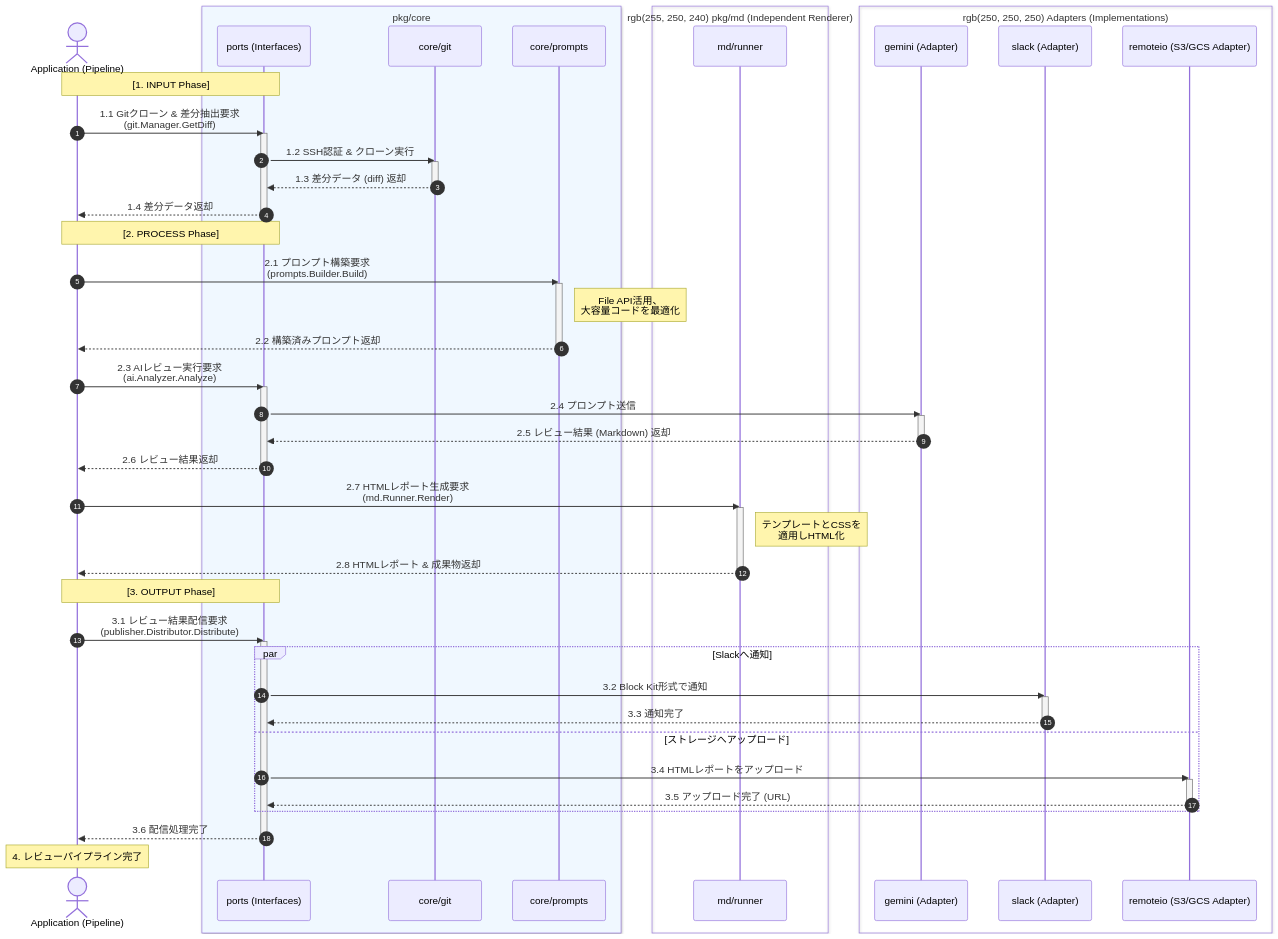
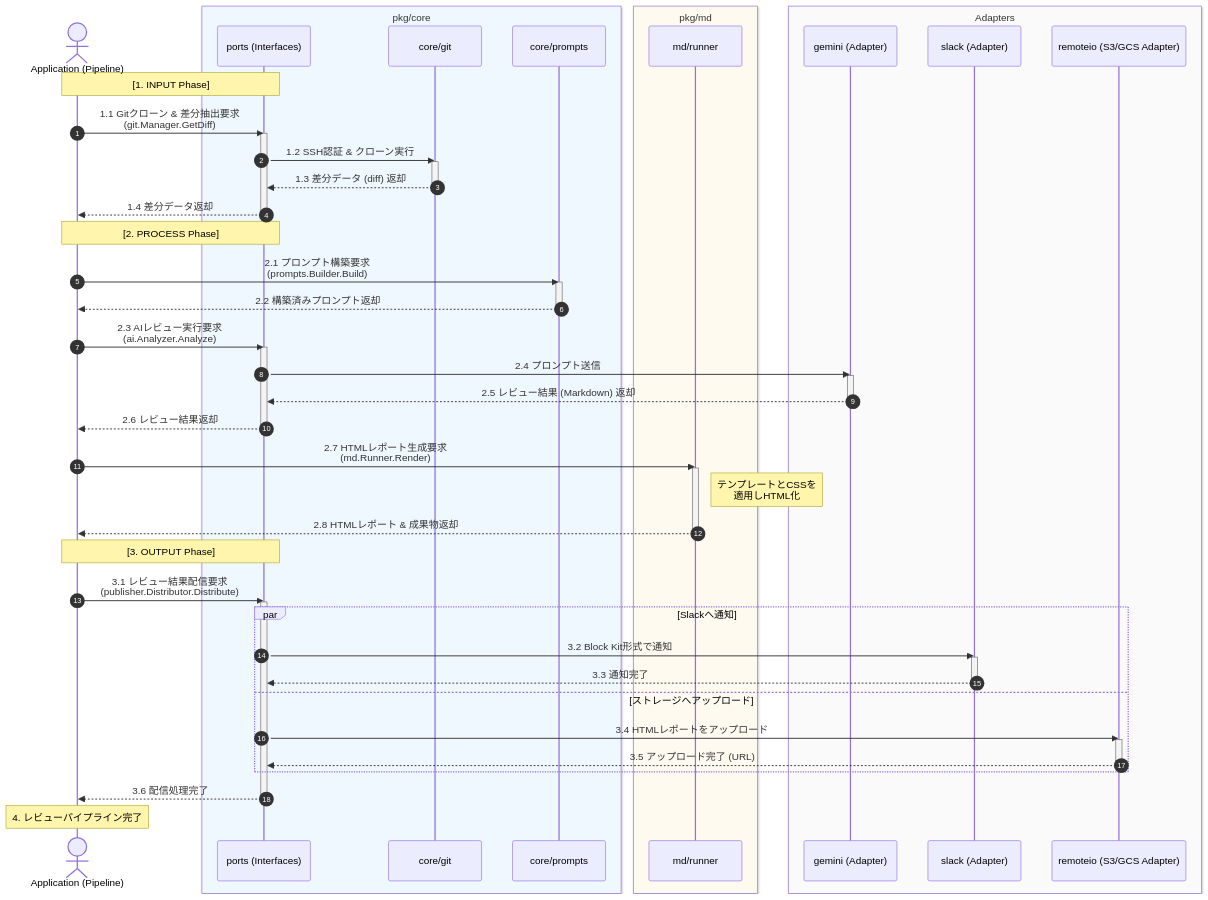
Before and after one commit to shouni/code-reviewer: the diagram in README.md, drawn with Mermaid.

Commit message:
Update README: refine diagrams and remove redundant notes
- Simplified diagram labels for clarity (e.g., removed "Independent Renderer" and "Implementations").
- Removed unnecessary annotation related to File API optimization.

````diff
--- a/README.md
+++ b/README.md
@@ -33,78 +33,77 @@
 ```mermaid
 sequenceDiagram
 autonumber
 actor App as Application (Pipeline)
 
     box rgb(240, 248, 255) pkg/core
         participant Ports as ports (Interfaces)
         participant Git as core/git
         participant Prompts as core/prompts
     end
 
-    box rgb(255, 250, 240) pkg/md (Independent Renderer)
+    box rgb(255, 250, 240) pkg/md
         participant MD as md/runner
     end
 
-    box rgb(250, 250, 250) Adapters (Implementations)
+    box rgb(250, 250, 250) Adapters
         participant Gemini as gemini (Adapter)
         participant Slack as slack (Adapter)
         participant S3 as remoteio (S3/GCS Adapter)
     end
 
     Note over App, Ports: [1. INPUT Phase]
 
     App->>Ports: 1.1 Gitクローン & 差分抽出要求<br/>(git.Manager.GetDiff)
     activate Ports
     Ports->>Git: 1.2 SSH認証 & クローン実行
     activate Git
     Git-->>Ports: 1.3 差分データ (diff) 返却
     deactivate Git
     Ports-->>App: 1.4 差分データ返却
     deactivate Ports
 
     Note over App, Ports: [2. PROCESS Phase]
 
     App->>Prompts: 2.1 プロンプト構築要求<br/>(prompts.Builder.Build)
     activate Prompts
-    Note right of Prompts: File API活用、<br/>大容量コードを最適化
     Prompts-->>App: 2.2 構築済みプロンプト返却
     deactivate Prompts
 
     App->>Ports: 2.3 AIレビュー実行要求<br/>(ai.Analyzer.Analyze)
     activate Ports
     Ports->>Gemini: 2.4 プロンプト送信
     activate Gemini
     Gemini-->>Ports: 2.5 レビュー結果 (Markdown) 返却
     deactivate Gemini
     Ports-->>App: 2.6 レビュー結果返却
     deactivate Ports
 
     App->>MD: 2.7 HTMLレポート生成要求<br/>(md.Runner.Render)
     activate MD
     Note right of MD: テンプレートとCSSを<br/>適用しHTML化
     MD-->>App: 2.8 HTMLレポート & 成果物返却
     deactivate MD
 
     Note over App, Ports: [3. OUTPUT Phase]
 
     App->>Ports: 3.1 レビュー結果配信要求<br/>(publisher.Distributor.Distribute)
     activate Ports
     
     par Slackへ通知
         Ports->>Slack: 3.2 Block Kit形式で通知
         activate Slack
         Slack-->>Ports: 3.3 通知完了
         deactivate Slack
     and ストレージへアップロード
         Ports->>S3: 3.4 HTMLレポートをアップロード
         activate S3
         S3-->>Ports: 3.5 アップロード完了 (URL)
         deactivate S3
     end
 
     Ports-->>App: 3.6 配信処理完了
     deactivate Ports
 
     Note over App: 4. レビューパイプライン完了
 
 ```
````
